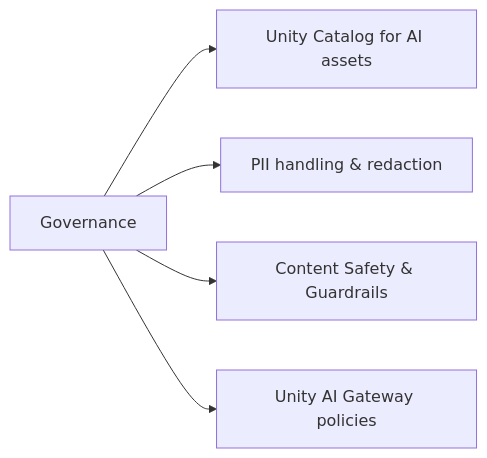
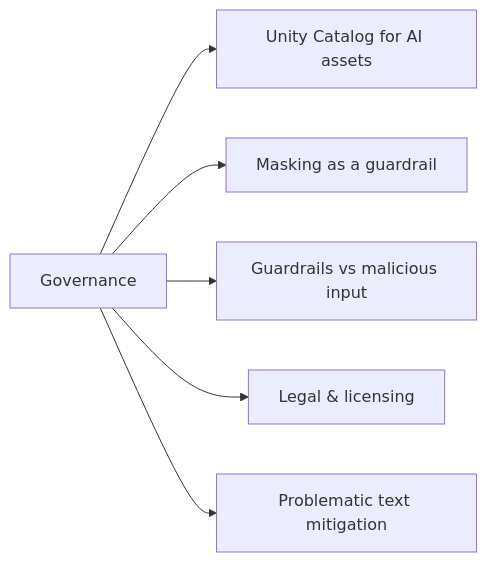
One commit to kengio/databricks-certification-study-guide changed the diagram in certifications/genai-engineer-associate/06-governance/README.md. Above: the diagram before and after it, drawn with Mermaid. The commit also changed other lines of this file and 52 other files, not shown here.

````diff
--- a/certifications/genai-engineer-associate/06-governance/README.md
+++ b/certifications/genai-engineer-associate/06-governance/README.md
@@ -19,7 +19,8 @@
 ```mermaid
 flowchart LR
     Gov[Governance] --> UC[Unity Catalog for AI assets]
-    Gov --> PII[PII handling & redaction]
-    Gov --> Safety[Content Safety & Guardrails]
-    Gov --> AIG[Unity AI Gateway policies]
+    Gov --> Mask[Masking as a guardrail]
+    Gov --> Guard[Guardrails vs malicious input]
+    Gov --> Legal[Legal & licensing]
+    Gov --> Text[Problematic text mitigation]
 ```
````
